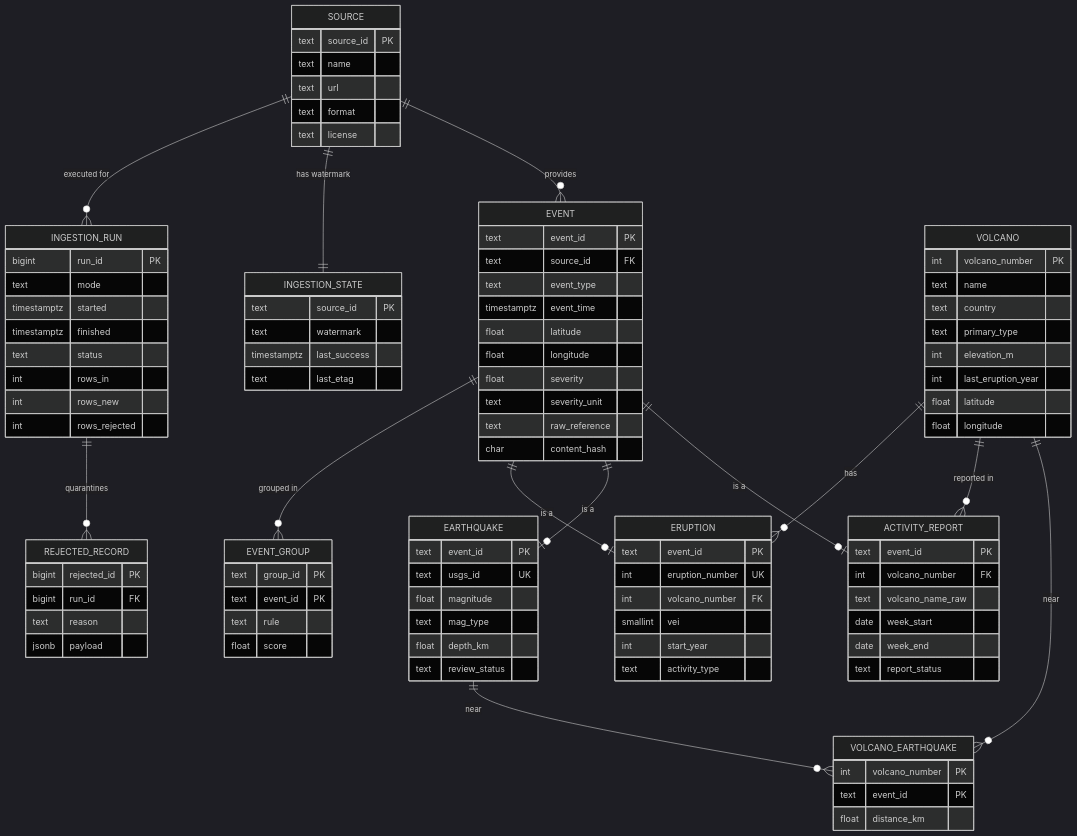
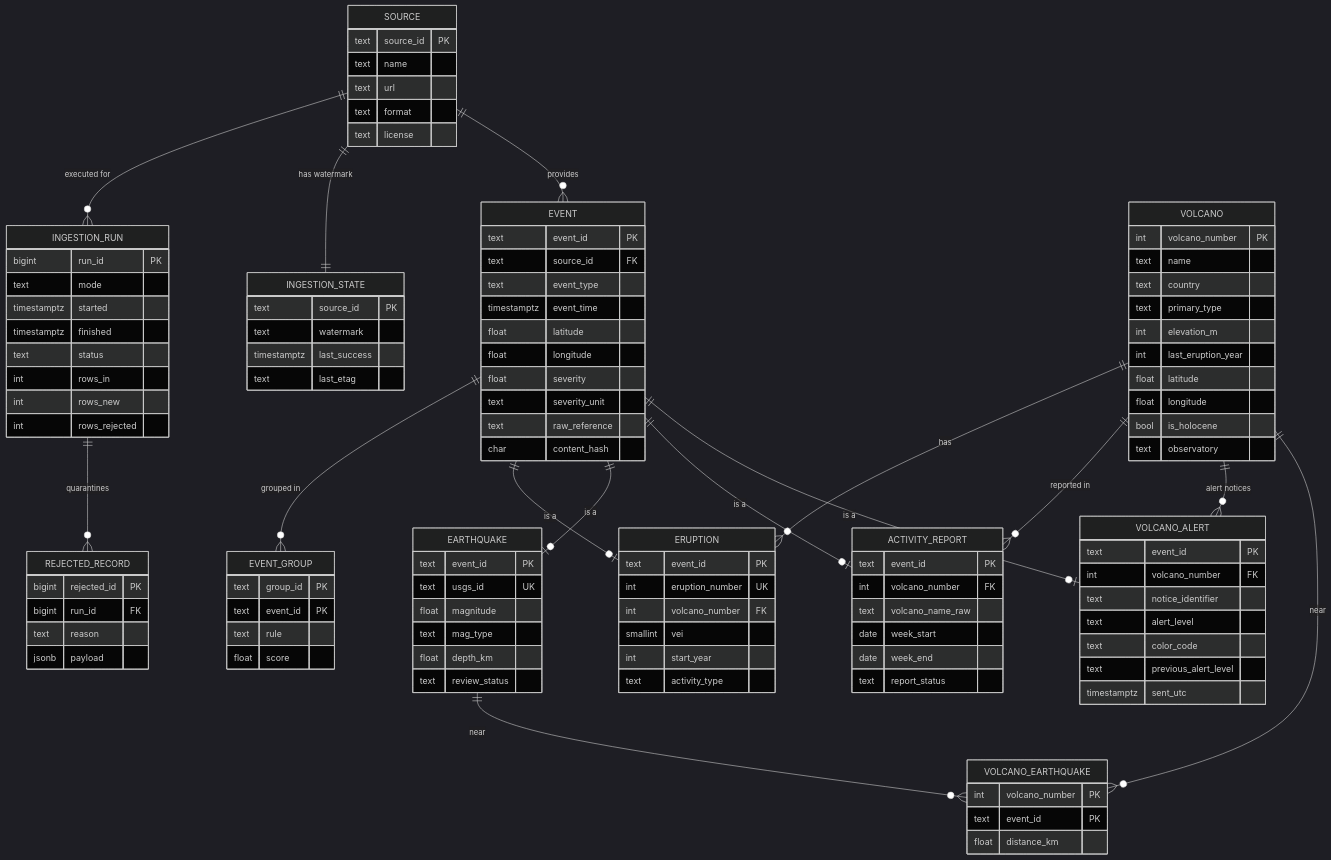
Before and after one commit to jhonatanvj/Proyecto_Analisis_De_Datos: the diagram in docs/er_diagram.mmd, drawn with Mermaid (dark theme). The commit also changed 54 other files, not shown here.

```diff
--- a/docs/er_diagram.mmd
+++ b/docs/er_diagram.mmd
@@ -1,78 +1,89 @@
 erDiagram
     SOURCE ||--o{ INGESTION_RUN : "executed for"
     SOURCE ||--|| INGESTION_STATE : "has watermark"
     SOURCE ||--o{ EVENT : "provides"
     INGESTION_RUN ||--o{ REJECTED_RECORD : "quarantines"
     EVENT ||--o{ EVENT_GROUP : "grouped in"
     EVENT ||--o| ERUPTION : "is a"
     EVENT ||--o| EARTHQUAKE : "is a"
     EVENT ||--o| ACTIVITY_REPORT : "is a"
+    EVENT ||--o| VOLCANO_ALERT : "is a"
     VOLCANO ||--o{ ERUPTION : "has"
     VOLCANO ||--o{ ACTIVITY_REPORT : "reported in"
+    VOLCANO ||--o{ VOLCANO_ALERT : "alert notices"
     VOLCANO ||--o{ VOLCANO_EARTHQUAKE : "near"
     EARTHQUAKE ||--o{ VOLCANO_EARTHQUAKE : "near"
 
     SOURCE { text source_id PK
              text name
              text url
              text format
              text license }
     INGESTION_RUN { bigint run_id PK
                     text mode
                     timestamptz started
                     timestamptz finished
                     text status
                     int rows_in
                     int rows_new
                     int rows_rejected }
     INGESTION_STATE { text source_id PK
                       text watermark
                       timestamptz last_success
                       text last_etag }
     EVENT { text event_id PK
             text source_id FK
             text event_type
             timestamptz event_time
             float latitude
             float longitude
             float severity
             text severity_unit
             text raw_reference
             char content_hash }
     EVENT_GROUP { text group_id PK
                   text event_id PK
                   text rule
                   float score }
     REJECTED_RECORD { bigint rejected_id PK
                       bigint run_id FK
                       text reason
                       jsonb payload }
     VOLCANO { int volcano_number PK
               text name
               text country
               text primary_type
               int elevation_m
               int last_eruption_year
               float latitude
-              float longitude }
+              float longitude
+              bool is_holocene
+              text observatory }
     ERUPTION { text event_id PK
                int eruption_number UK
                int volcano_number FK
                smallint vei
                int start_year
                text activity_type }
     EARTHQUAKE { text event_id PK
                  text usgs_id UK
                  float magnitude
                  text mag_type
                  float depth_km
                  text review_status }
     VOLCANO_EARTHQUAKE { int volcano_number PK
                          text event_id PK
                          float distance_km }
     ACTIVITY_REPORT { text event_id PK
                       int volcano_number FK
                       text volcano_name_raw
                       date week_start
                       date week_end
                       text report_status }
+    VOLCANO_ALERT { text event_id PK
+                    int volcano_number FK
+                    text notice_identifier
+                    text alert_level
+                    text color_code
+                    text previous_alert_level
+                    timestamptz sent_utc }
```
